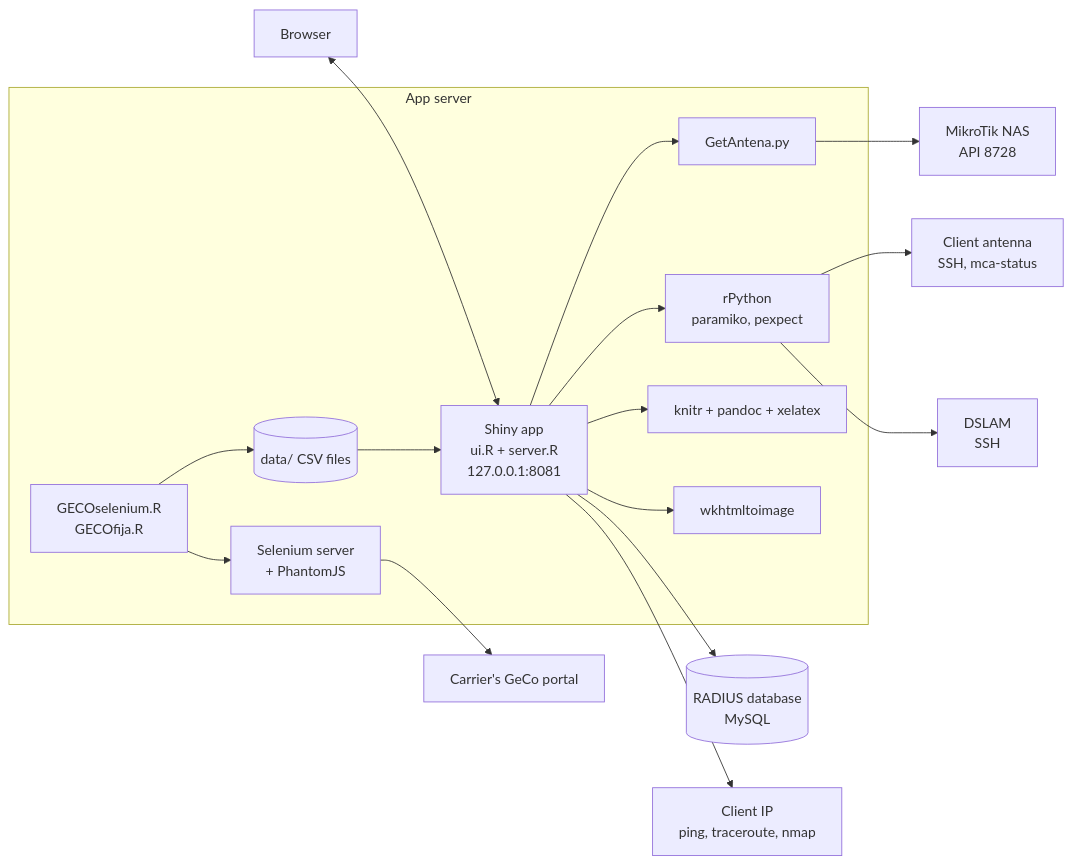
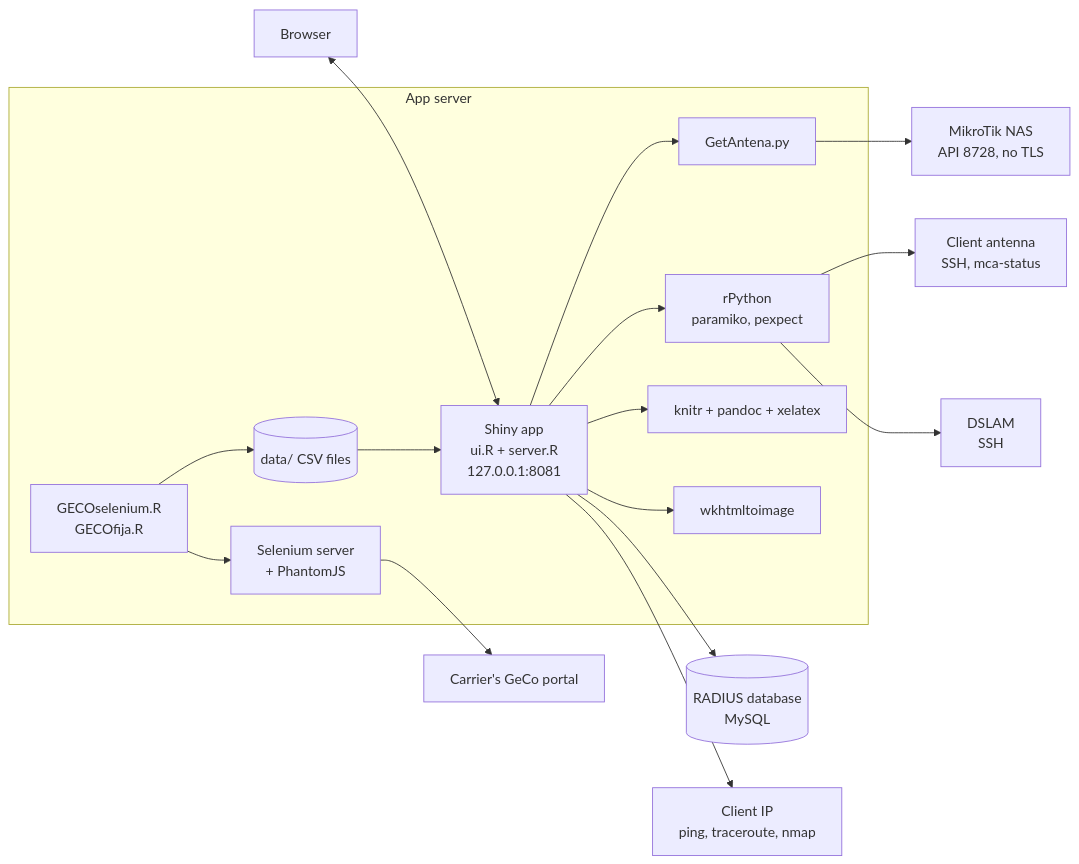
One commit to GeiserX/services-isp changed the diagram in docs/how-it-works.md. Above: the diagram before and after it, drawn with Mermaid. The commit also changed 2 other files, not shown here.

Commit message:
docs: show how to start the Selenium servers and mark the RouterOS API as non-TLS

````diff
--- a/docs/how-it-works.md
+++ b/docs/how-it-works.md
@@ -5,33 +5,33 @@
 ```mermaid
 flowchart LR
     BR[Browser]
     subgraph host [App server]
         APP[Shiny app<br/>ui.R + server.R<br/>127.0.0.1:8081]
         GA[GetAntena.py]
         PY[rPython<br/>paramiko, pexpect]
         PDF[knitr + pandoc + xelatex]
         WK[wkhtmltoimage]
         DATA[(data/ CSV files)]
         SCR[GECOselenium.R<br/>GECOfija.R]
         SEL[Selenium server<br/>+ PhantomJS]
     end
     DB[(RADIUS database<br/>MySQL)]
-    NAS[MikroTik NAS<br/>API 8728]
+    NAS[MikroTik NAS<br/>API 8728, no TLS]
     ANT[Client antenna<br/>SSH, mca-status]
     DSL[DSLAM<br/>SSH]
     NET[Client IP<br/>ping, traceroute, nmap]
     GECO[Carrier's GeCo portal]
 
     BR <--> APP
     APP --> DB
     APP --> GA --> NAS
     APP --> PY
     PY --> ANT
     PY --> DSL
     APP --> NET
     APP --> PDF
     APP --> WK
     DATA --> APP
     SCR --> SEL --> GECO
     SCR --> DATA
 ```
````
